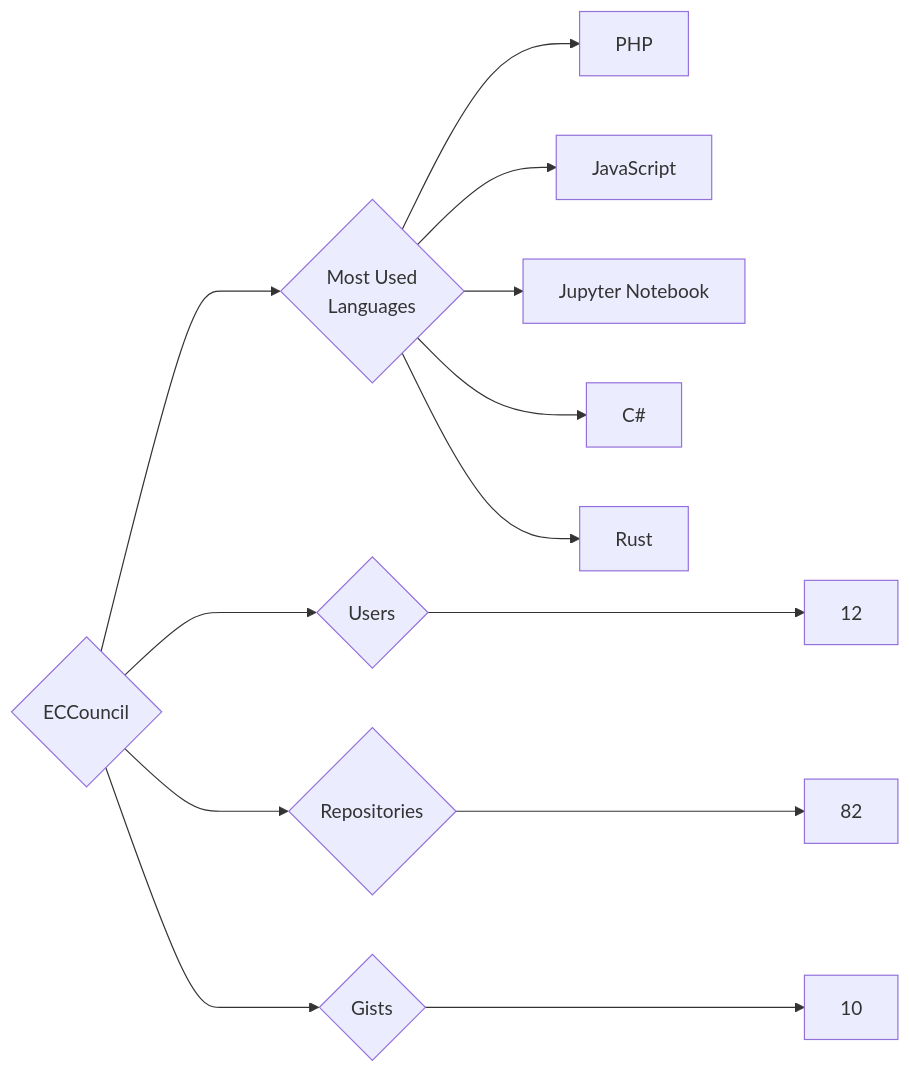
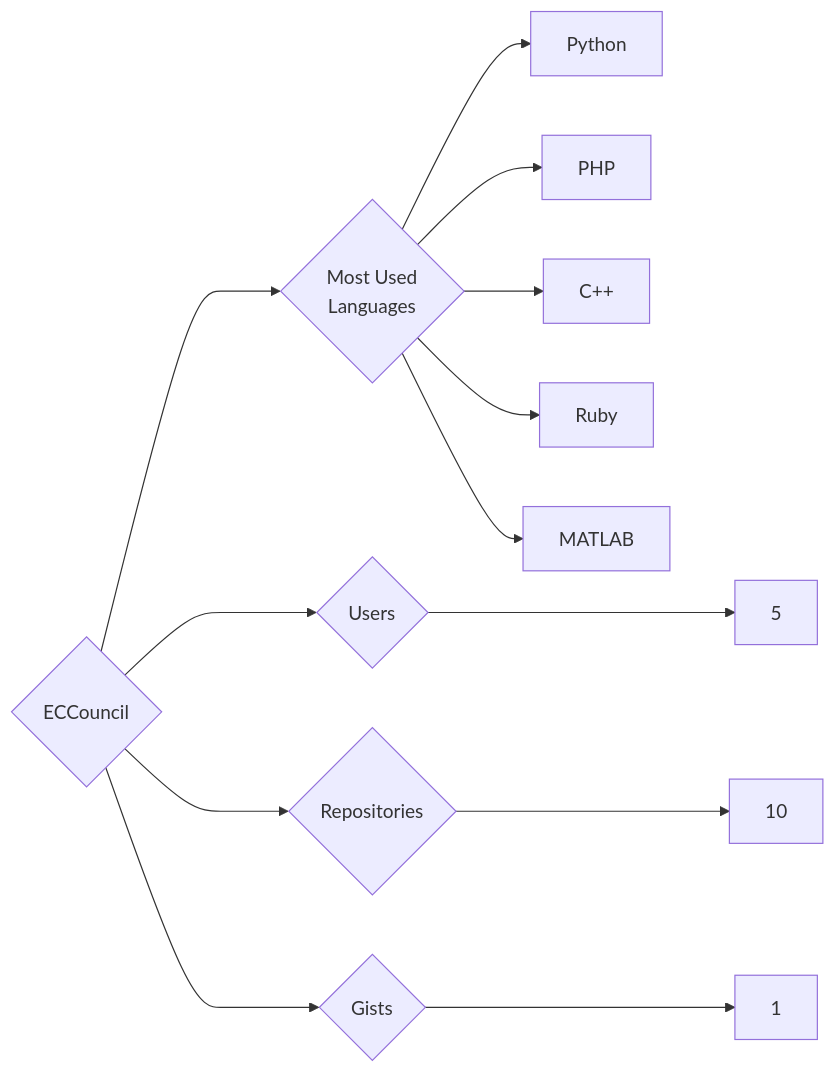
One commit to trickest/insiders changed the diagram in targets/ECCouncil/README.md. Above: the diagram before and after it, drawn with Mermaid. The commit also changed 998 other files, not shown here.

````diff
--- a/targets/ECCouncil/README.md
+++ b/targets/ECCouncil/README.md
@@ -3,13 +3,13 @@
 ```mermaid
 graph LR
 COMPANY_NAME{ECCouncil}
-COMPANY_NAME ---> U{Users} ---> UN[12]
-COMPANY_NAME ---> R{Repositories} ---> RN[82]
-COMPANY_NAME ---> G{Gists} ---> GN[10]
+COMPANY_NAME ---> U{Users} ---> UN[5]
+COMPANY_NAME ---> R{Repositories} ---> RN[10]
+COMPANY_NAME ---> G{Gists} ---> GN[1]
 COMPANY_NAME ---> ML{Most Used<br>Languages}
+ML --> Python[Python]
 ML --> PHP[PHP]
-ML --> JavaScript[JavaScript]
-ML --> Jupyter_Notebook[Jupyter Notebook]
-ML --> C#[C#]
-ML --> Rust[Rust]
+ML --> C++[C++]
+ML --> Ruby[Ruby]
+ML --> MATLAB[MATLAB]
 ```
````
